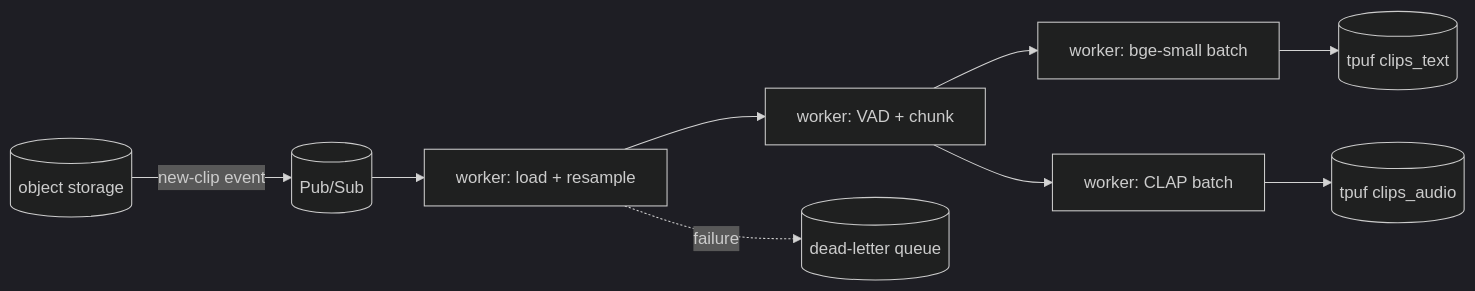
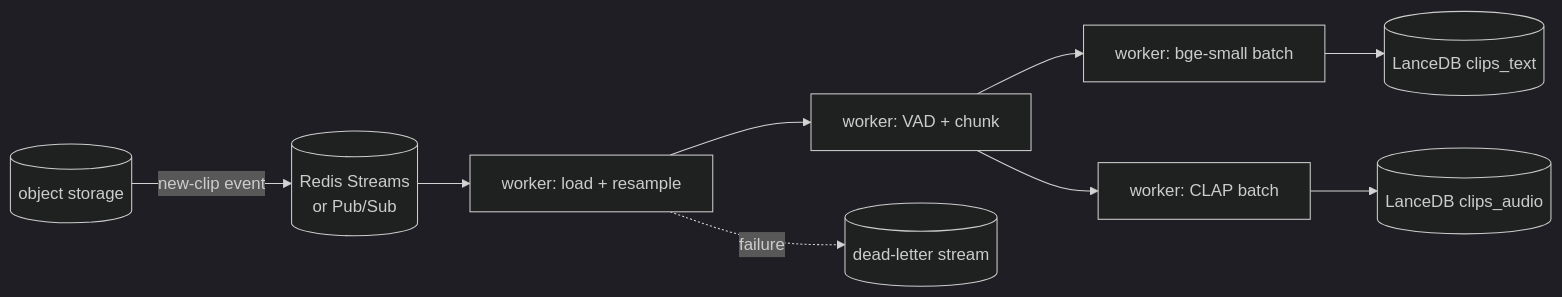
The diagram in docs/adr/0009-stretch-and-future-work.md (tumultousRamen/audio-search), drawn with Mermaid (dark theme) before and after one commit. The commit also changed other lines of this file and 2 other files, not shown here.

````diff
--- a/docs/adr/0009-stretch-and-future-work.md
+++ b/docs/adr/0009-stretch-and-future-work.md
@@ -18,11 +25,11 @@
 ```mermaid
 flowchart LR
-    S3[(object storage)] -->|new-clip event| Q[(Pub/Sub)]
+    S3[(object storage)] -->|new-clip event| Q[(Redis Streams<br/>or Pub/Sub)]
     Q --> W1[worker: load + resample]
     W1 --> W2[worker: VAD + chunk]
     W2 --> W3a[worker: bge-small batch]
     W2 --> W3b[worker: CLAP batch]
-    W3a --> U[(tpuf clips_text)]
-    W3b --> U2[(tpuf clips_audio)]
-    W1 -.failure.-> DLQ[(dead-letter queue)]
+    W3a --> U[(LanceDB clips_text)]
+    W3b --> U2[(LanceDB clips_audio)]
+    W1 -.failure.-> DLQ[(dead-letter stream)]
 ```
````
